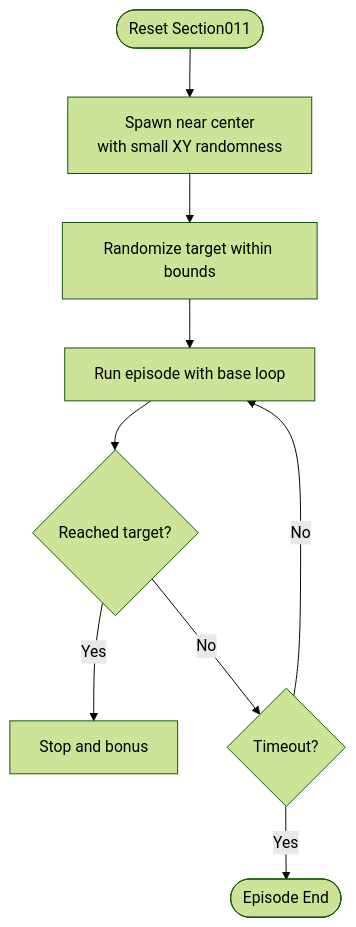
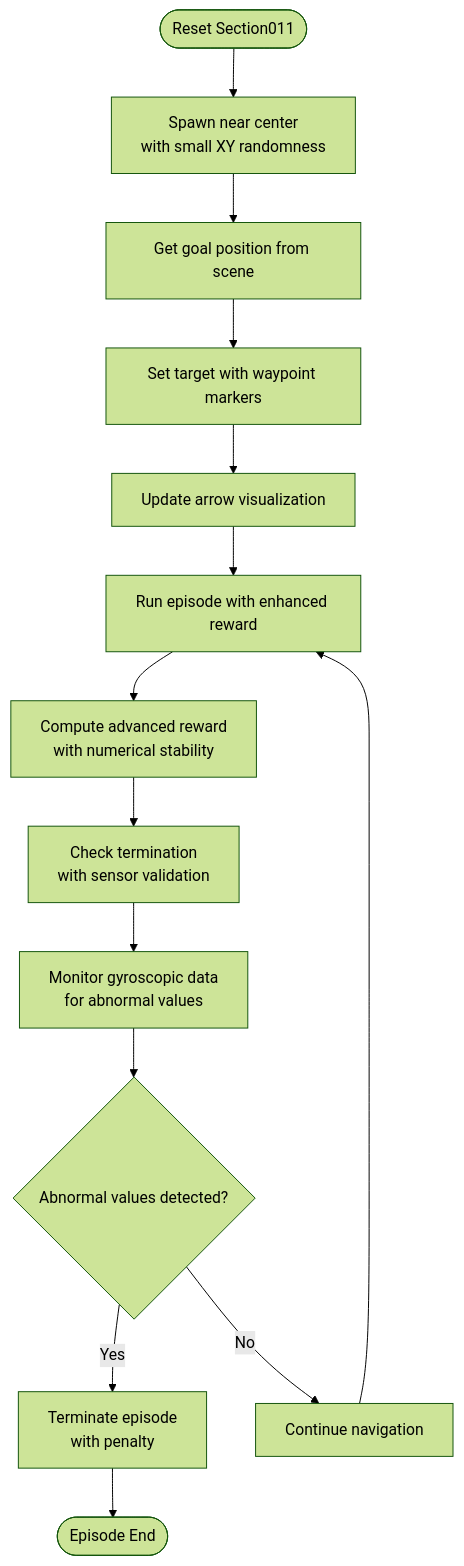
Before and after one commit to jayjayhust/MotrixLab: the fourth of 11 diagrams in .qoder/repowiki/en/content/Navigation Environments/VBot Navigation/Track Sections.md, drawn with Mermaid (forest theme). The commit also changed other lines of this file and 15 other files, not shown here.

````diff
--- a/.qoder/repowiki/en/content/Navigation Environments/VBot Navigation/Track Sections.md
+++ b/.qoder/repowiki/en/content/Navigation Environments/VBot Navigation/Track Sections.md
@@ -160,11 +289,16 @@
 ```mermaid
 flowchart TD
 Start(["Reset Section011"]) --> Spawn["Spawn near center<br/>with small XY randomness"]
-Spawn --> RandGoal["Randomize target within bounds"]
-RandGoal --> Run["Run episode with base loop"]
-Run --> Reach{"Reached target?"}
-Reach --> |Yes| Stop["Stop and bonus"]
-Reach --> |No| Timeout{"Timeout?"}
-Timeout --> |Yes| End(["Episode End"])
-Timeout --> |No| Run
+Spawn --> GetGoal["Get goal position from scene"]
+GetGoal --> SetTarget["Set target with waypoint markers"]
+SetTarget --> UpdateArrows["Update arrow visualization"]
+UpdateArrows --> Run["Run episode with enhanced reward"]
+Run --> ComputeReward["Compute advanced reward<br/>with numerical stability"]
+ComputeReward --> CheckTermination["Check termination<br/>with sensor validation"]
+CheckTermination --> CheckGyro["Monitor gyroscopic data<br/>for abnormal values"]
+CheckGyro --> AbnormalDetected{"Abnormal values detected?"}
+AbnormalDetected --> |Yes| Terminate["Terminate episode<br/>with penalty"]
+AbnormalDetected --> |No| Continue["Continue navigation"]
+Continue --> Run
+Terminate --> End(["Episode End"])
 ```
````
